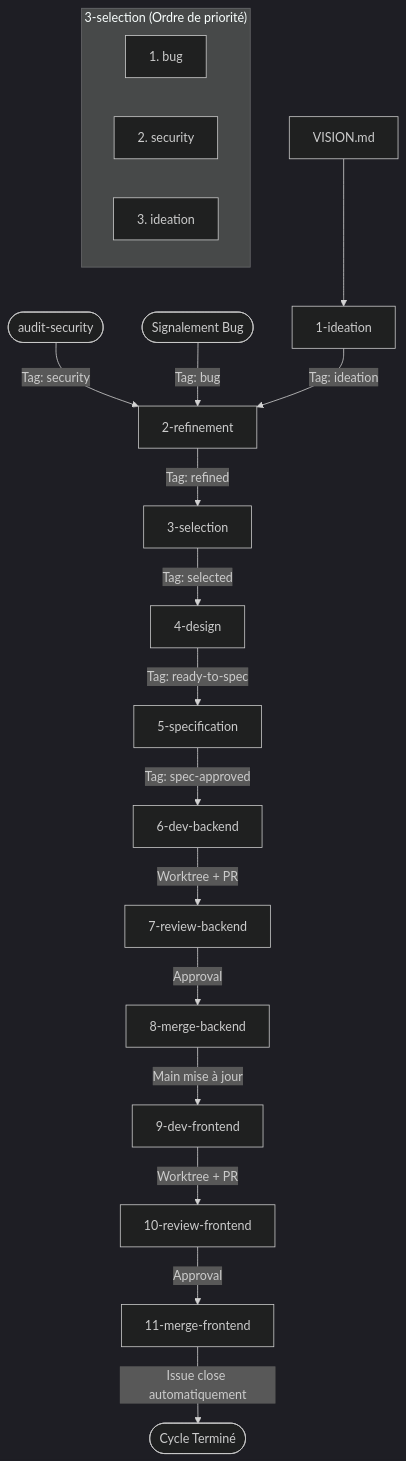
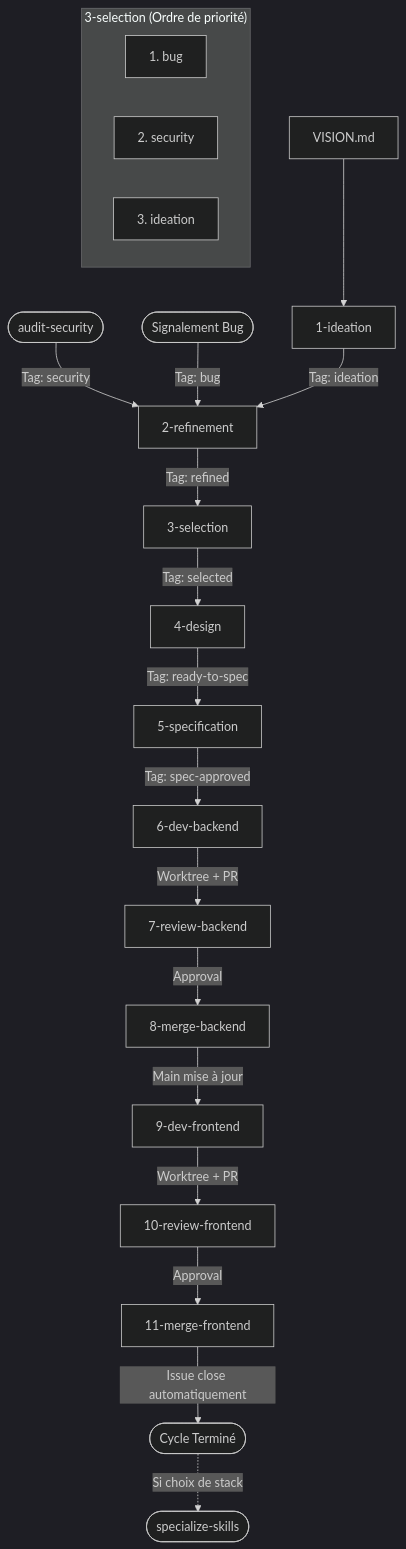
The diagram in README.md (kevin-sakemaer/croissant-furtif), drawn with Mermaid (dark theme) before and after one commit. The commit also changed other lines of this file and 3 other files, not shown here.

Commit message:
feat(bootstrap): add ARCHITECTURE.md, bootstrap mode in ideation, and specialize-skills

````diff
--- a/README.md
+++ b/README.md
@@ -23,22 +38,23 @@
 ```mermaid
 flowchart TD
     V[VISION.md] --> S1[1-ideation]
     SecExpert([audit-security]) -->|Tag: security| S2[2-refinement]
     BugReport([Signalement Bug]) -->|Tag: bug| S2
     S1 -->|Tag: ideation| S2
     S2 -->|Tag: refined| S3[3-selection]
     subgraph Priorisation ["3-selection (Ordre de priorité)"]
         P1[1. bug]
         P2[2. security]
         P3[3. ideation]
     end
     S3 -->|Tag: selected| S4[4-design]
     S4 -->|Tag: ready-to-spec| S5[5-specification]
     S5 -->|Tag: spec-approved| S6[6-dev-backend]
     S6 -->|Worktree + PR| S7[7-review-backend]
     S7 -->|Approval| S8[8-merge-backend]
     S8 -->|Main mise à jour| S9[9-dev-frontend]
     S9 -->|Worktree + PR| S10[10-review-frontend]
     S10 -->|Approval| S11[11-merge-frontend]
     S11 -->|Issue close automatiquement| Done([Cycle Terminé])
+    Done -.->|Si choix de stack| SpecSkills([specialize-skills])
 ```
````
